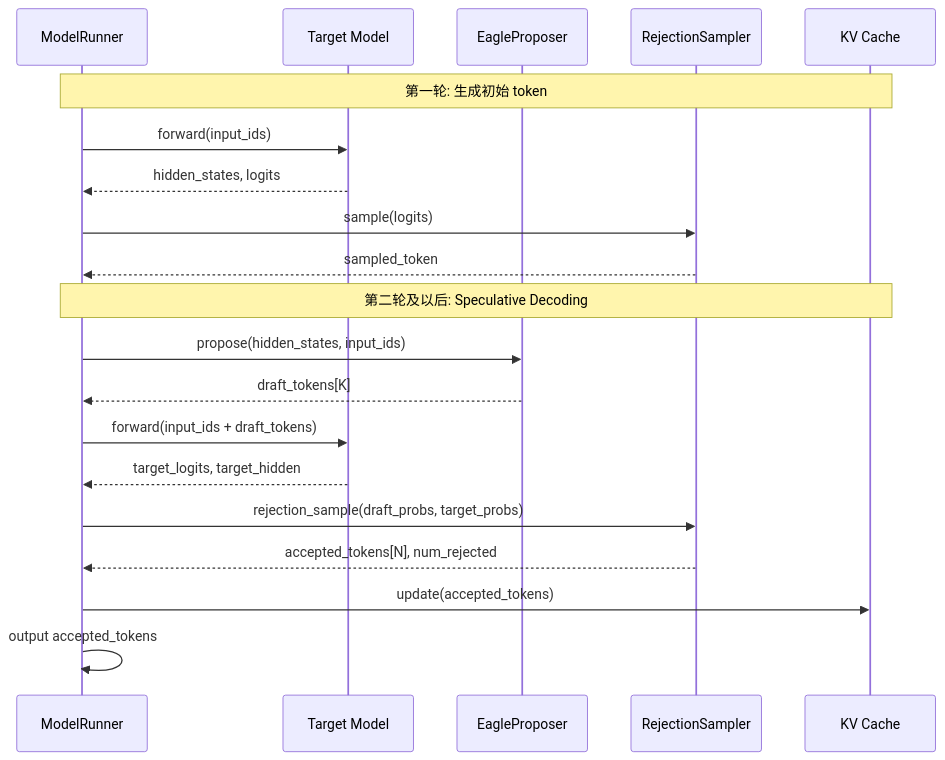
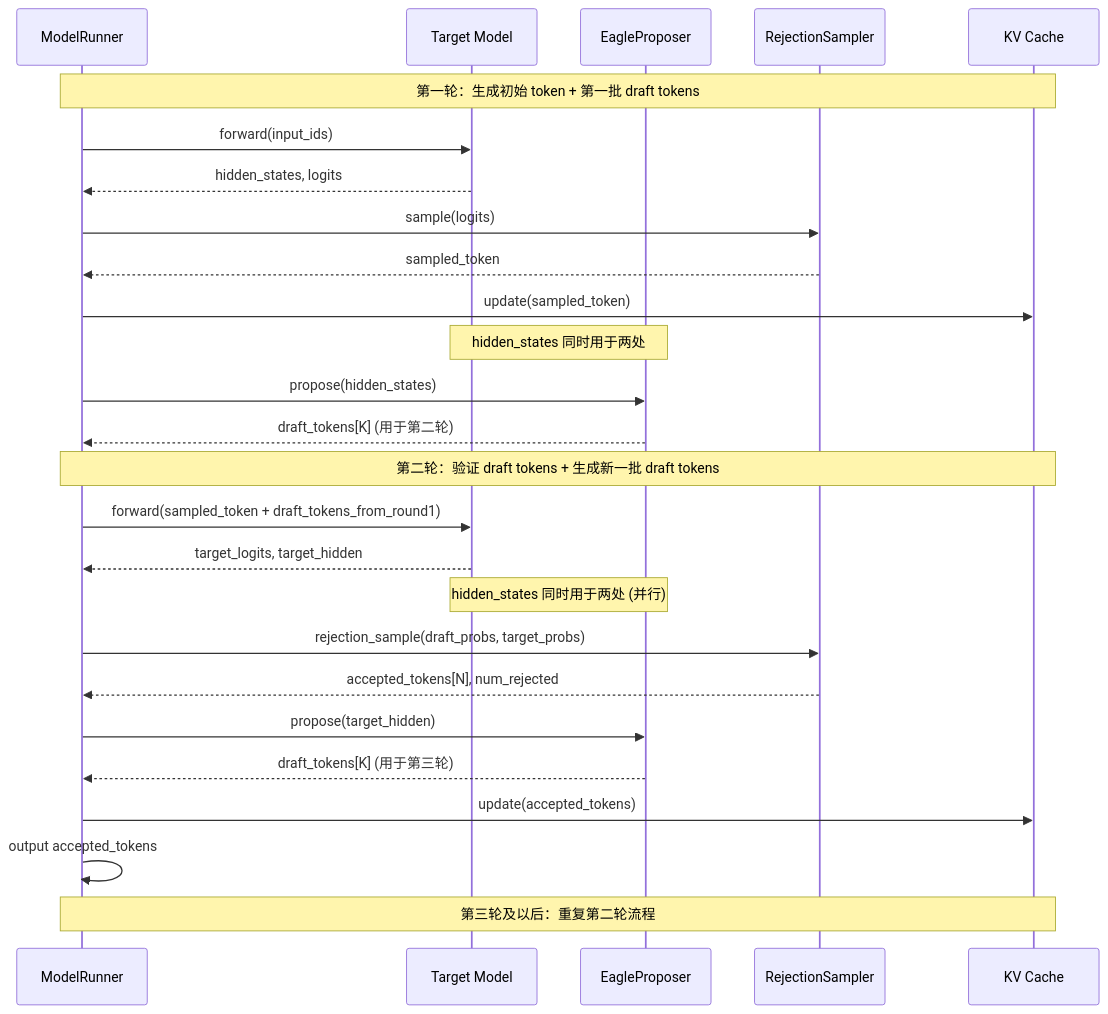
The third of 35 diagrams in spec_decode.md (wangxiyuan/vllm-study), drawn with Mermaid before and after one commit. The commit also changed other lines of this file and 12 other files, not shown here.

````diff
--- a/spec_decode.md
+++ b/spec_decode.md
@@ -222,27 +224,35 @@
 ```mermaid
 sequenceDiagram
     participant MR as ModelRunner
     participant TM as Target Model
     participant EP as EagleProposer
     participant RS as RejectionSampler
     participant KV as KV Cache
 
-    Note over MR,KV: 第一轮: 生成初始 token
+    Note over MR,KV: 第一轮：生成初始 token + 第一批 draft tokens
     MR->>TM: forward(input_ids)
     TM-->>MR: hidden_states, logits
     MR->>RS: sample(logits)
     RS-->>MR: sampled_token
+    MR->>KV: update(sampled_token)
 
-    Note over MR,KV: 第二轮及以后: Speculative Decoding
-    MR->>EP: propose(hidden_states, input_ids)
-    EP-->>MR: draft_tokens[K]
+    Note over TM,EP: hidden_states 同时用于两处
+    MR->>EP: propose(hidden_states)
+    EP-->>MR: draft_tokens[K] (用于第二轮)
 
-    MR->>TM: forward(input_ids + draft_tokens)
+    Note over MR,KV: 第二轮：验证 draft tokens + 生成新一批 draft tokens
+    MR->>TM: forward(sampled_token + draft_tokens_from_round1)
     TM-->>MR: target_logits, target_hidden
 
+    Note over TM,EP: hidden_states 同时用于两处 (并行)
     MR->>RS: rejection_sample(draft_probs, target_probs)
     RS-->>MR: accepted_tokens[N], num_rejected
 
+    MR->>EP: propose(target_hidden)
+    EP-->>MR: draft_tokens[K] (用于第三轮)
+
     MR->>KV: update(accepted_tokens)
     MR->>MR: output accepted_tokens
+
+    Note over MR,KV: 第三轮及以后：重复第二轮流程
 ```
````
